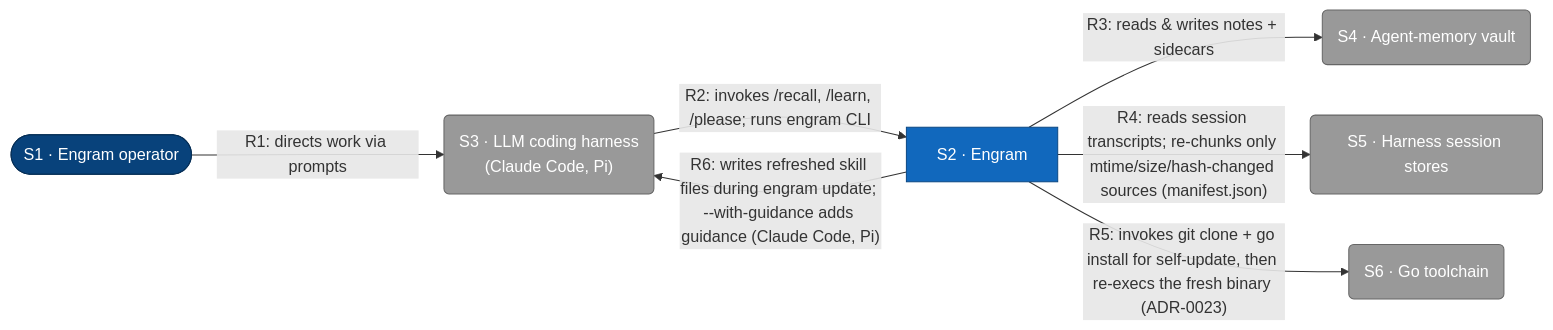
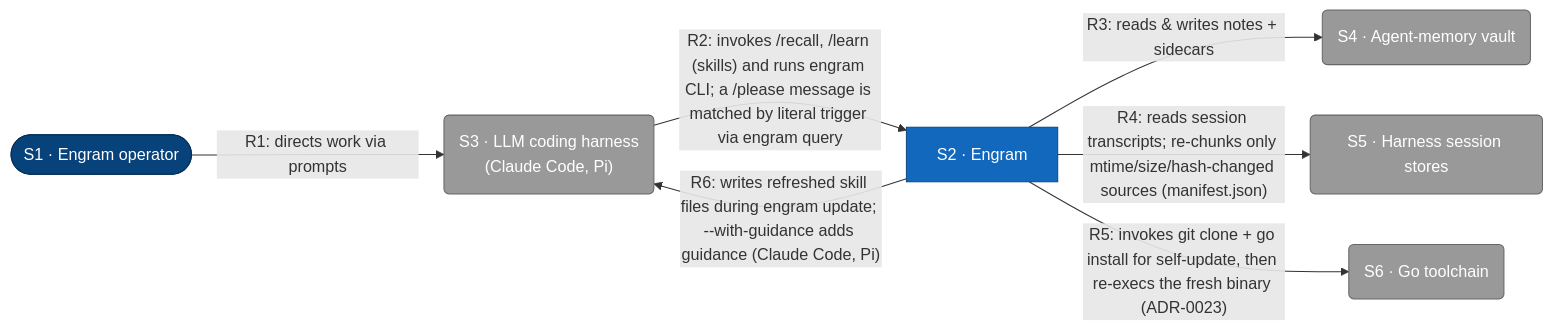
The first of 8 diagrams in docs/architecture/c1-system-context.md (toejough/engram), drawn with Mermaid before and after one commit. The commit also changed other lines of this file and 17 other files, not shown here.

````diff
--- a/docs/architecture/c1-system-context.md
+++ b/docs/architecture/c1-system-context.md
@@ -9,31 +9,31 @@
 ```mermaid
 flowchart LR
     classDef person      fill:#08427b,stroke:#052e56,color:#fff
     classDef external    fill:#999,   stroke:#666,   color:#fff
     classDef container   fill:#1168bd,stroke:#0b4884,color:#fff
 
     user([S1 · Engram operator])
     engram[S2 · Engram]
     harness("S3 · LLM coding harness<br/>(Claude Code, Pi)")
     vault(S4 · Agent-memory vault)
     sessions(S5 · Harness session stores)
     gotool(S6 · Go toolchain)
 
     user -->|"R1: directs work via prompts"| harness
-    harness -->|"R2: invokes /recall, /learn, /please; runs engram CLI"| engram
+    harness -->|"R2: invokes /recall, /learn (skills) and runs engram CLI; a /please message is matched by literal trigger via engram query"| engram
     engram -->|"R3: reads & writes notes + sidecars"| vault
     engram -->|"R4: reads session transcripts; re-chunks only mtime/size/hash-changed sources (manifest.json)"| sessions
     engram -->|"R5: invokes git clone + go install for self-update, then re-execs the fresh binary (ADR-0023)"| gotool
     engram -->|"R6: writes refreshed skill files during engram update; --with-guidance adds guidance (Claude Code, Pi)"| harness
 
     class user person
     class harness,vault,sessions,gotool external
     class engram container
 
     click user href "#s1-engram-operator"
     click engram href "#s2-engram"
     click harness href "#s3-llm-coding-harness"
     click vault href "#s4-agent-memory-vault"
     click sessions href "#s5-harness-session-stores"
     click gotool href "#s6-go-toolchain"
 ```
````
